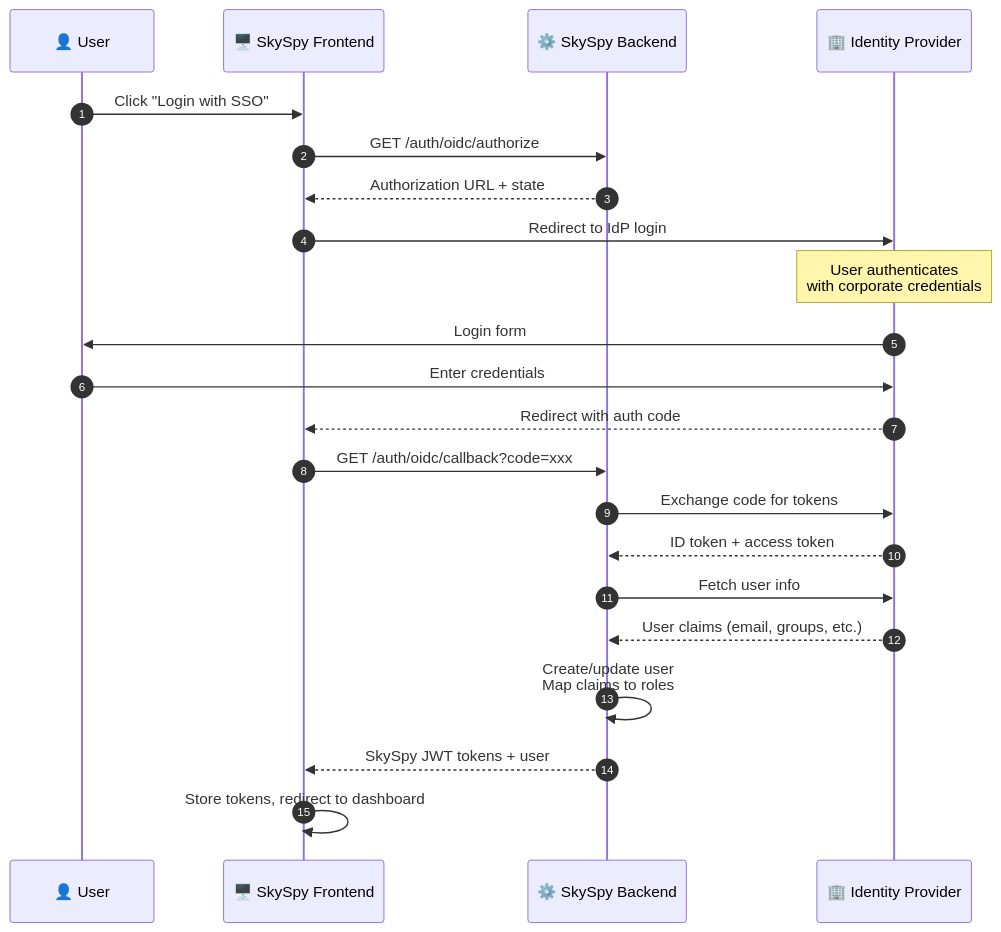
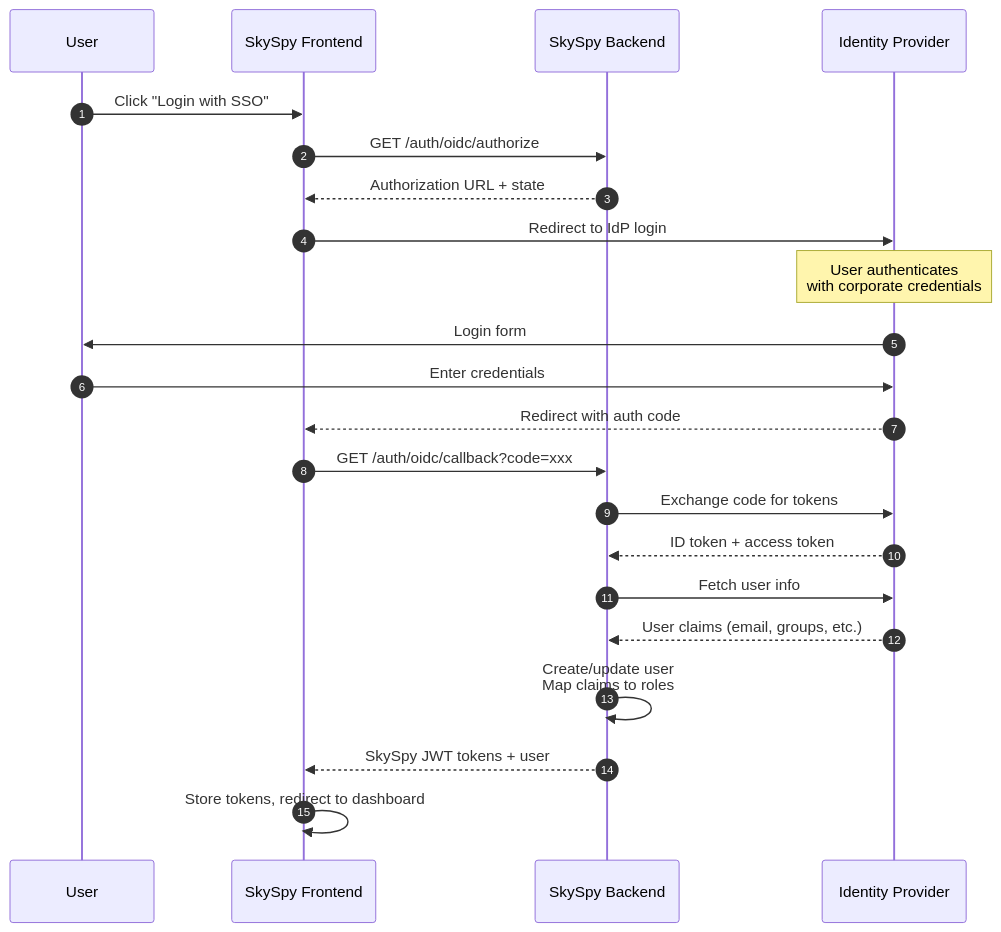
One commit to CHA0S-CORP/SkySpyDocs changed the third of 5 diagrams in docs/core-features/authentication.md. Above: the diagram before and after it, drawn with Mermaid. The commit also changed other lines of this file, not shown here.

````diff
--- a/docs/core-features/authentication.md
+++ b/docs/core-features/authentication.md
@@ -425,29 +433,29 @@
 ```mermaid
 sequenceDiagram
     autonumber
-    participant User as 👤 User
-    participant App as 🖥️ SkySpy Frontend
-    participant API as ⚙️ SkySpy Backend
-    participant IdP as 🏢 Identity Provider
+    participant User as User
+    participant App as SkySpy Frontend
+    participant API as SkySpy Backend
+    participant IdP as Identity Provider
 
     User->>App: Click "Login with SSO"
     App->>API: GET /auth/oidc/authorize
     API-->>App: Authorization URL + state
     App->>IdP: Redirect to IdP login
 
     Note over IdP: User authenticates<br/>with corporate credentials
 
     IdP->>User: Login form
     User->>IdP: Enter credentials
     IdP-->>App: Redirect with auth code
     App->>API: GET /auth/oidc/callback?code=xxx
 
     API->>IdP: Exchange code for tokens
     IdP-->>API: ID token + access token
     API->>IdP: Fetch user info
     IdP-->>API: User claims (email, groups, etc.)
 
     API->>API: Create/update user<br/>Map claims to roles
     API-->>App: SkySpy JWT tokens + user
     App->>App: Store tokens, redirect to dashboard
 ```
````
